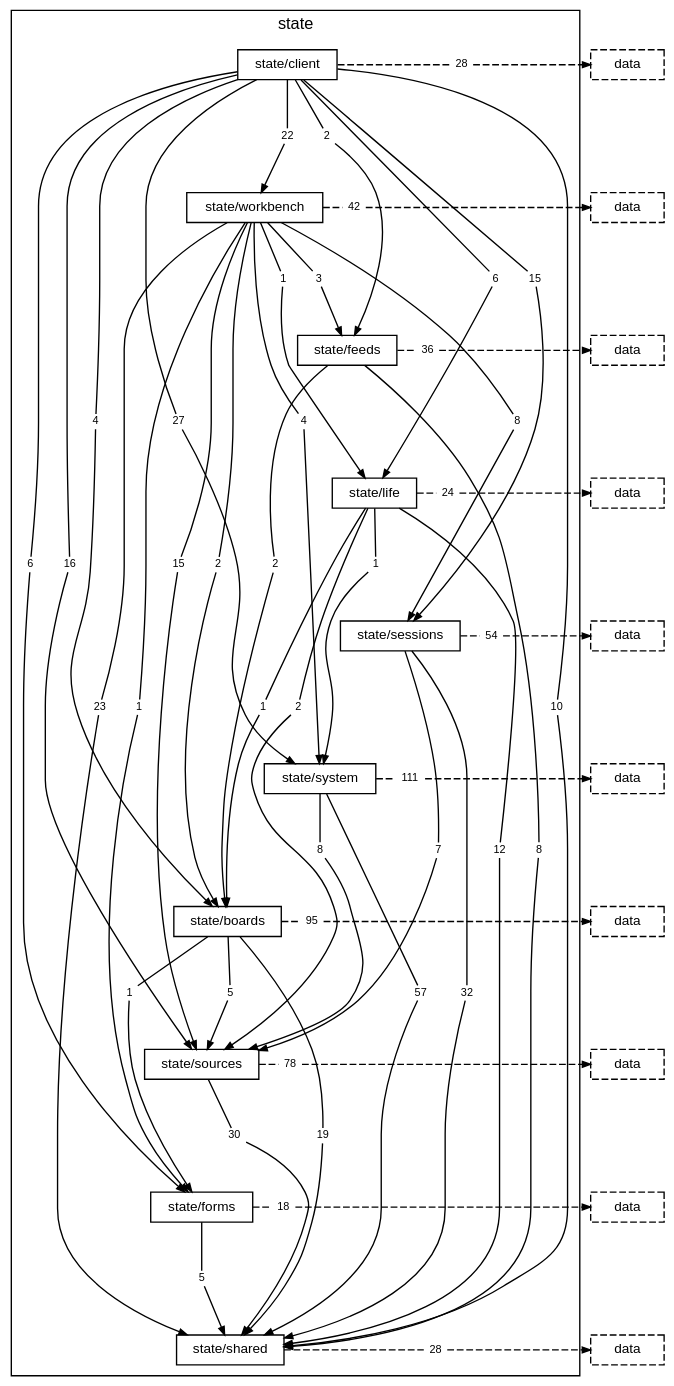
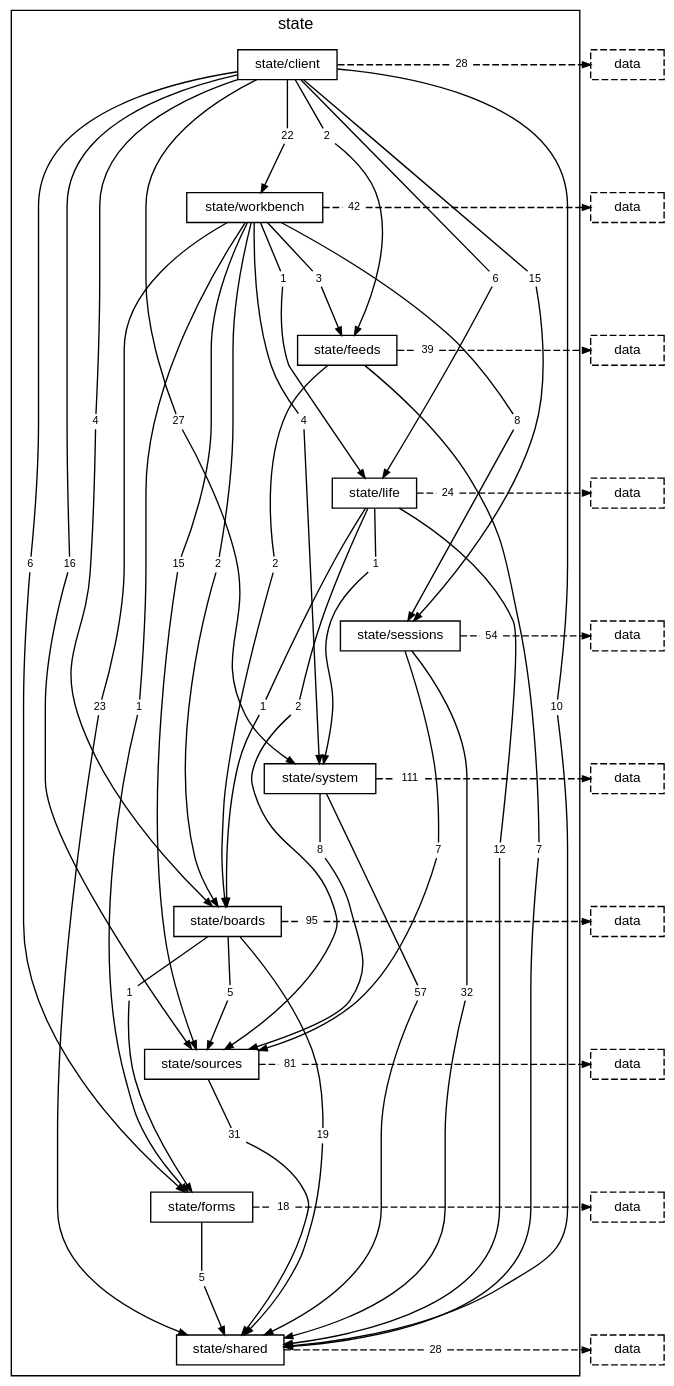
One commit to TheAxeC/oculus changed the diagram in docs/diagrams/layer-state.dot. Above: the diagram before and after it, drawn with Graphviz. The commit also changed 208 other files, not shown here.

```diff
--- a/docs/diagrams/layer-state.dot
+++ b/docs/diagrams/layer-state.dot
@@ -34,8 +34,8 @@
         "folder state/workbench to folder state/system" [label="4", shape=box, color="transparent", fontsize=8, width=0, height=0, margin="0.04,0.02"];
         "folder state/workbench to layer data" [label="42", shape=box, color="transparent", fontsize=8, width=0, height=0, margin="0.04,0.02"];
         "folder state/feeds to folder state/boards" [label="2", shape=box, color="transparent", fontsize=8, width=0, height=0, margin="0.04,0.02"];
-        "folder state/feeds to folder state/shared" [label="8", shape=box, color="transparent", fontsize=8, width=0, height=0, margin="0.04,0.02"];
-        "folder state/feeds to layer data" [label="36", shape=box, color="transparent", fontsize=8, width=0, height=0, margin="0.04,0.02"];
+        "folder state/feeds to folder state/shared" [label="7", shape=box, color="transparent", fontsize=8, width=0, height=0, margin="0.04,0.02"];
+        "folder state/feeds to layer data" [label="39", shape=box, color="transparent", fontsize=8, width=0, height=0, margin="0.04,0.02"];
         "folder state/life to folder state/boards" [label="1", shape=box, color="transparent", fontsize=8, width=0, height=0, margin="0.04,0.02"];
         "folder state/life to folder state/shared" [label="12", shape=box, color="transparent", fontsize=8, width=0, height=0, margin="0.04,0.02"];
         "folder state/life to folder state/sources" [label="2", shape=box, color="transparent", fontsize=8, width=0, height=0, margin="0.04,0.02"];
@@ -51,8 +51,8 @@
         "folder state/boards to folder state/shared" [label="19", shape=box, color="transparent", fontsize=8, width=0, height=0, margin="0.04,0.02"];
         "folder state/boards to folder state/sources" [label="5", shape=box, color="transparent", fontsize=8, width=0, height=0, margin="0.04,0.02"];
         "folder state/boards to layer data" [label="95", shape=box, color="transparent", fontsize=8, width=0, height=0, margin="0.04,0.02"];
-        "folder state/sources to folder state/shared" [label="30", shape=box, color="transparent", fontsize=8, width=0, height=0, margin="0.04,0.02"];
-        "folder state/sources to layer data" [label="78", shape=box, color="transparent", fontsize=8, width=0, height=0, margin="0.04,0.02"];
+        "folder state/sources to folder state/shared" [label="31", shape=box, color="transparent", fontsize=8, width=0, height=0, margin="0.04,0.02"];
+        "folder state/sources to layer data" [label="81", shape=box, color="transparent", fontsize=8, width=0, height=0, margin="0.04,0.02"];
         "folder state/forms to folder state/shared" [label="5", shape=box, color="transparent", fontsize=8, width=0, height=0, margin="0.04,0.02"];
         "folder state/forms to layer data" [label="18", shape=box, color="transparent", fontsize=8, width=0, height=0, margin="0.04,0.02"];
         "folder state/shared to layer data" [label="28", shape=box, color="transparent", fontsize=8, width=0, height=0, margin="0.04,0.02"];
```
